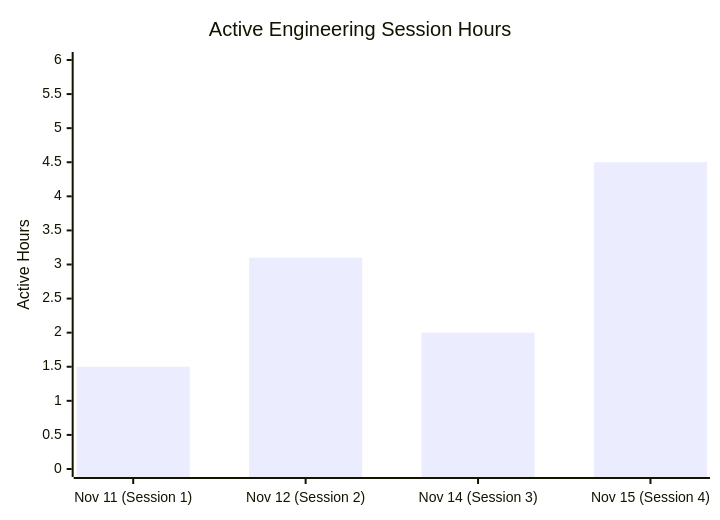
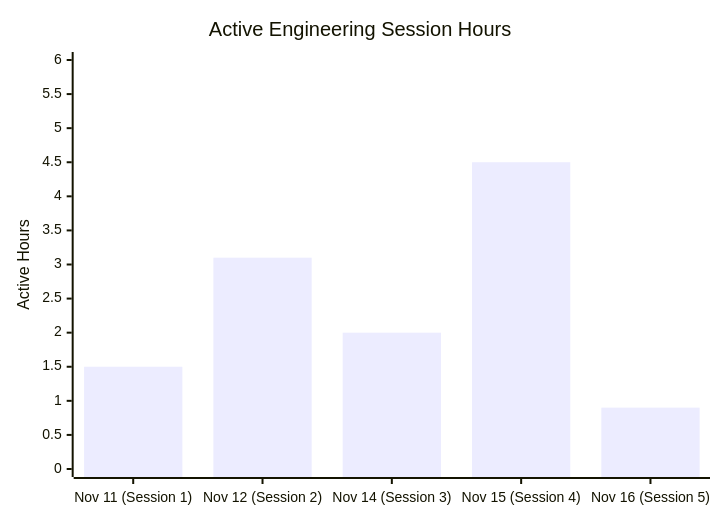
The first of 3 diagrams in METRICS.md (Rx4445/job-agent-), drawn with Mermaid before and after one commit. The commit also changed other lines of this file and 6 other files, not shown here.

````diff
--- a/METRICS.md
+++ b/METRICS.md
@@ -10,7 +10,7 @@
 ```mermaid
 xychart-beta
     title "Active Engineering Session Hours"
-    x-axis ["Nov 11 (Session 1)", "Nov 12 (Session 2)", "Nov 14 (Session 3)", "Nov 15 (Session 4)"]
+    x-axis ["Nov 11 (Session 1)", "Nov 12 (Session 2)", "Nov 14 (Session 3)", "Nov 15 (Session 4)", "Nov 16 (Session 5)"]
     y-axis "Active Hours" 0 --> 6
-    bar [1.5, 3.1, 2.0, 4.5]
+    bar [1.5, 3.1, 2.0, 4.5, 0.9]
 ```
````
